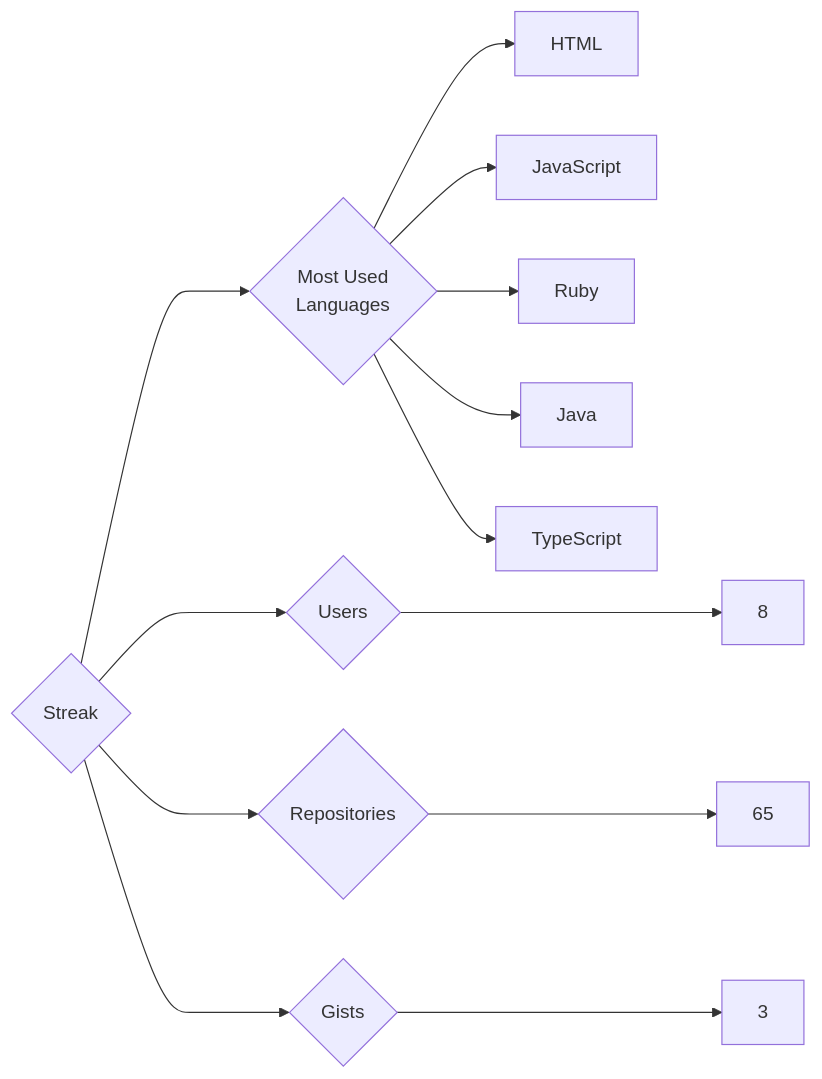
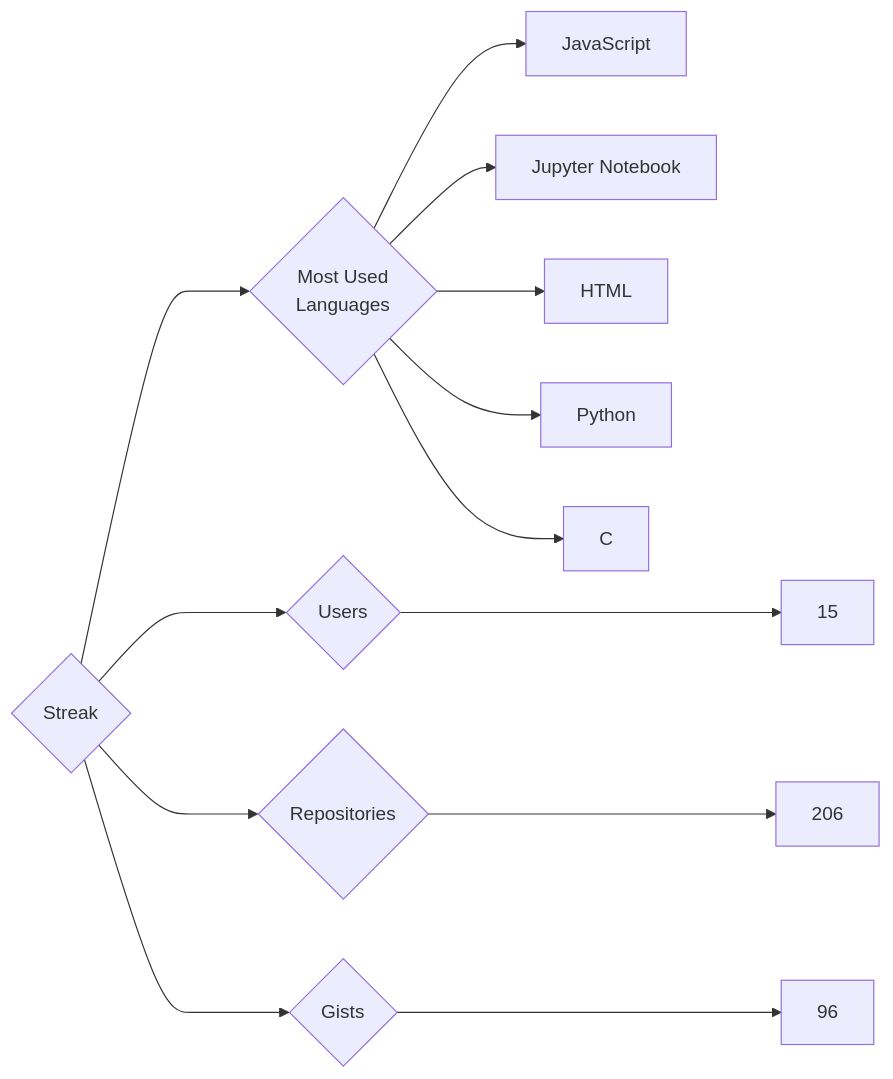
The diagram in targets/Streak/README.md (trickest/insiders), drawn with Mermaid before and after one commit. The commit also changed 1508 other files, not shown here.

````diff
--- a/targets/Streak/README.md
+++ b/targets/Streak/README.md
@@ -3,13 +3,13 @@
 ```mermaid
 graph LR
 COMPANY_NAME{Streak}
-COMPANY_NAME ---> U{Users} ---> UN[8]
-COMPANY_NAME ---> R{Repositories} ---> RN[65]
-COMPANY_NAME ---> G{Gists} ---> GN[3]
+COMPANY_NAME ---> U{Users} ---> UN[15]
+COMPANY_NAME ---> R{Repositories} ---> RN[206]
+COMPANY_NAME ---> G{Gists} ---> GN[96]
 COMPANY_NAME ---> ML{Most Used<br>Languages}
+ML --> JavaScript[JavaScript]
+ML --> Jupyter_Notebook[Jupyter Notebook]
 ML --> HTML[HTML]
-ML --> JavaScript[JavaScript]
-ML --> Ruby[Ruby]
-ML --> Java[Java]
-ML --> TypeScript[TypeScript]
+ML --> Python[Python]
+ML --> C[C]
 ```
````
